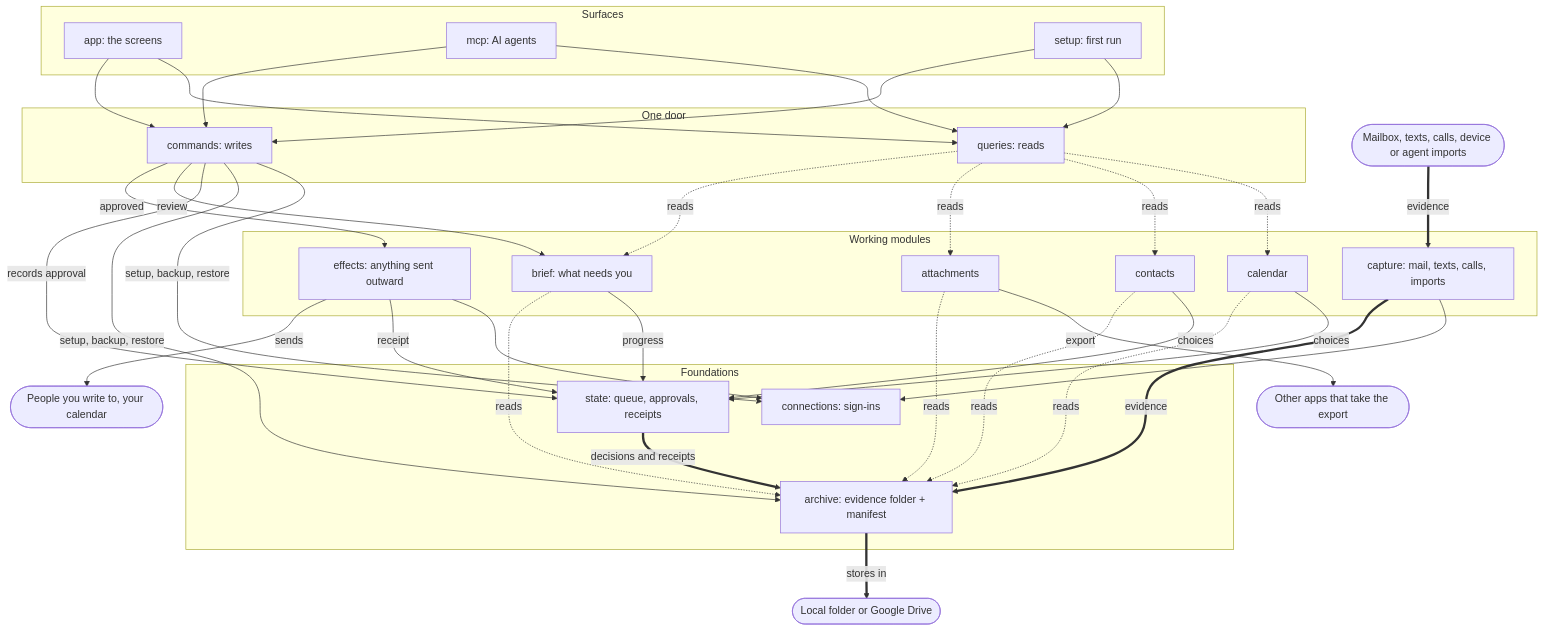
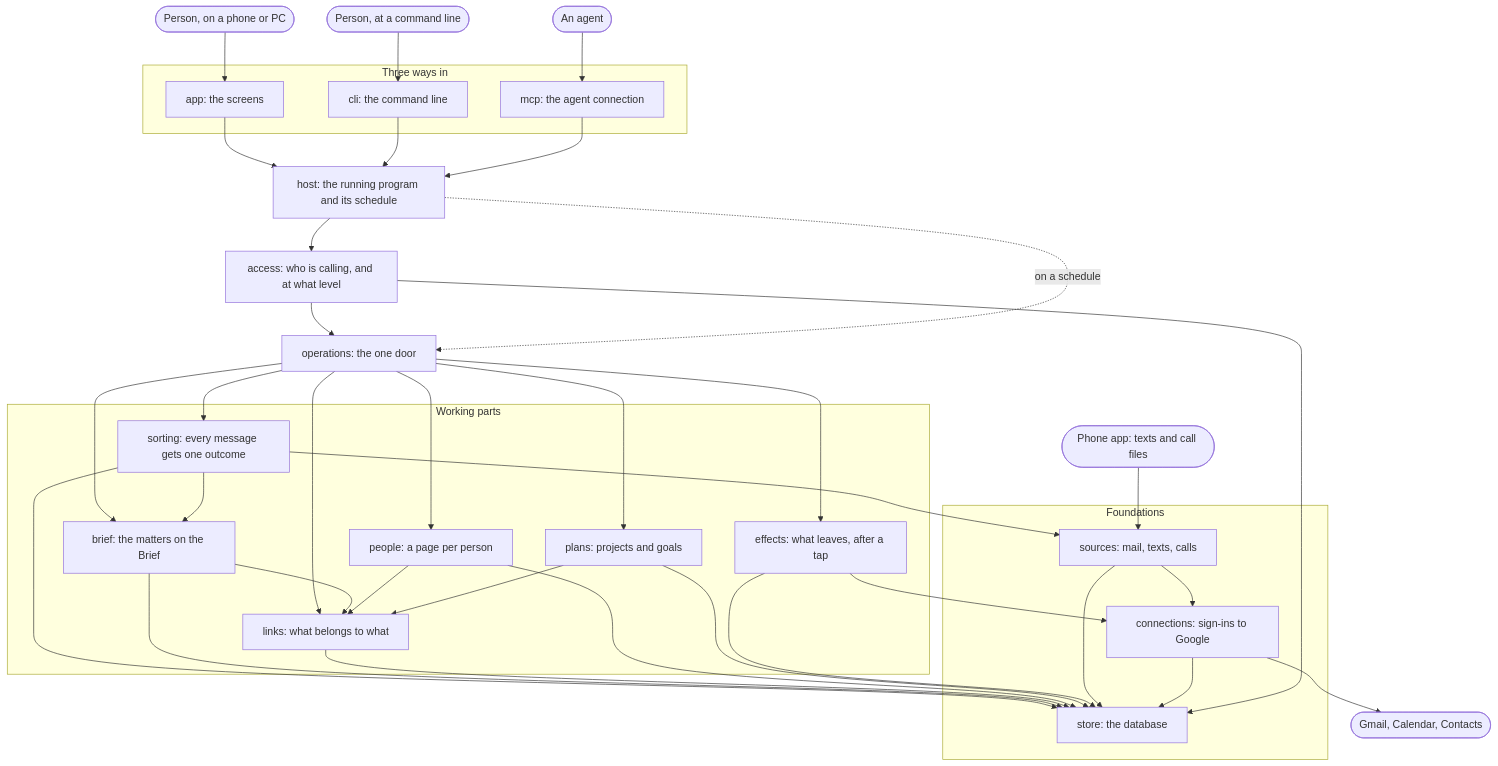
The diagram in map/target.md (diligent-communications/diligent-communications), drawn with Mermaid before and after one commit. The commit also changed other lines of this file and 54 other files, not shown here.

Commit message:
Retire the evidence folder and record the confirmed design as seams.

````diff
--- a/map/target.md
+++ b/map/target.md
@@ -5,53 +23,50 @@
 ```mermaid
 flowchart TB
-  subgraph Surfaces
+  person([Person, on a phone or PC])
+  term([Person, at a command line])
+  agent([An agent])
+  phone([Phone app: texts and call files])
+
+  subgraph ways[Three ways in]
     app[app: the screens]
-    mcp[mcp: AI agents]
-    setup[setup: first run]
+    cli[cli: the command line]
+    mcp[mcp: the agent connection]
   end
-  subgraph Door[One door]
-    commands[commands: writes]
-    queries[queries: reads]
+
+  host[host: the running program and its schedule]
+  access[access: who is calling, and at what level]
+  ops[operations: the one door]
+
+  subgraph work[Working parts]
+    sorting[sorting: every message gets one outcome]
+    brief[brief: the matters on the Brief]
+    links[links: what belongs to what]
+    people[people: a page per person]
+    plans[plans: projects and goals]
+    effects[effects: what leaves, after a tap]
   end
-  subgraph Work[Working modules]
-    capture[capture: mail, texts, calls, imports]
-    brief[brief: what needs you]
-    attachments
-    contacts
-    calendar
-    effects[effects: anything sent outward]
+
+  subgraph base[Foundations]
+    sources[sources: mail, texts, calls]
+    connections[connections: sign-ins to Google]
+    store[store: the database]
   end
-  subgraph Foundations
-    archive[archive: evidence folder + manifest]
-    state[state: queue, approvals, receipts]
-    connections[connections: sign-ins]
-  end
-  src([Mailbox, texts, calls, device or agent imports])
-  out([People you write to, your calendar])
-  store([Local folder or Google Drive])
-  consumers([Other apps that take the export])
 
-  app --> commands & queries
-  mcp --> commands & queries
-  setup --> commands & queries
+  google([Gmail, Calendar, Contacts])
 
-  src == evidence ==> capture == evidence ==> archive
-  archive == stores in ==> store
-
-  queries -. reads .-> brief & attachments & contacts & calendar
-  brief -. reads .-> archive
-  attachments -. reads .-> archive
-  contacts -. reads .-> archive
-  calendar -. reads .-> archive
-
-  commands -- approved --> effects -- sends --> out
-  commands -- review --> brief
-  attachments -- export --> consumers
-  commands -- records approval --> state
-  effects -- receipt --> state
-  state == decisions and receipts ==> archive
-  commands -- setup, backup, restore --> archive & connections
-  brief -- progress --> state
-  contacts & calendar -- choices --> state
-  capture & effects --> connections
+  person --> app
+  term --> cli
+  agent --> mcp
+  app & cli & mcp --> host
+  host --> access --> ops
+  host -. on a schedule .-> ops
+  ops --> sorting & brief & links & people & plans & effects
+  sorting --> sources
+  sorting --> brief
+  brief & people & plans --> links
+  sources --> connections
+  effects --> connections
+  connections --> google
+  phone --> sources
+  sorting & brief & links & people & plans & effects & sources & connections & access --> store
 ```
````
